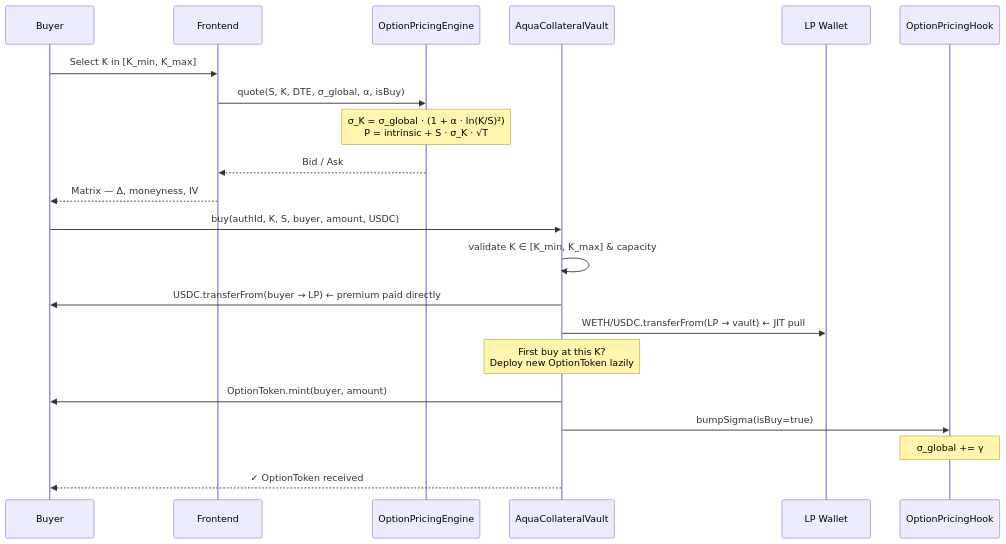
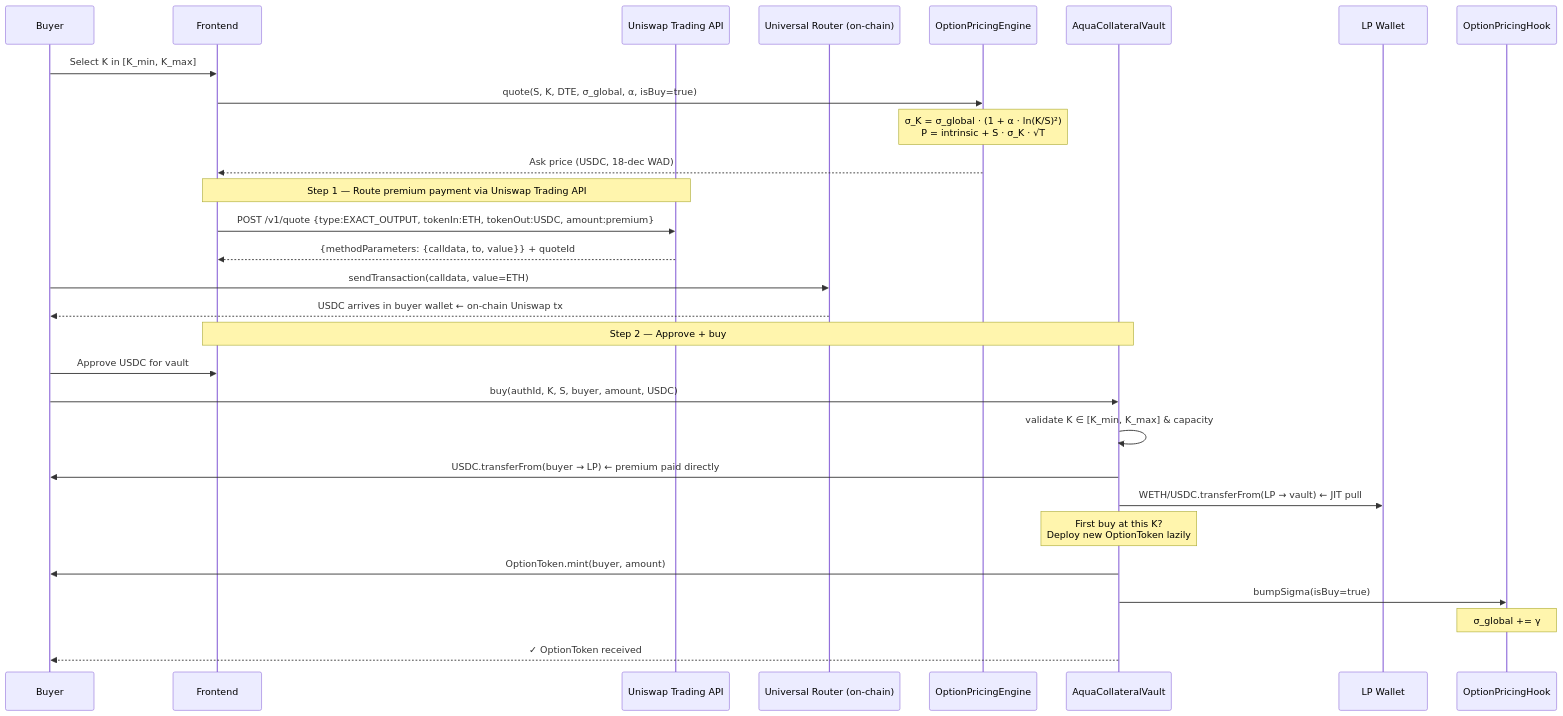
The second of 6 diagrams in README.md (oslinin/Smile), drawn with Mermaid before and after one commit. The commit also changed other lines of this file, not shown here.

Commit message:
Update README: document Uniswap Trading API execution flow in buy diagram

````diff
--- a/README.md
+++ b/README.md
@@ -117,24 +117,34 @@
 ```mermaid
 sequenceDiagram
     participant Buyer
     participant Frontend
+    participant UniAPI as Uniswap Trading API
+    participant UniRouter as Universal Router (on-chain)
     participant Engine as OptionPricingEngine
     participant Vault as AquaCollateralVault
     participant LP as LP Wallet
     participant Hook as OptionPricingHook
 
     Buyer->>Frontend: Select K in [K_min, K_max]
-    Frontend->>Engine: quote(S, K, DTE, σ_global, α, isBuy)
+    Frontend->>Engine: quote(S, K, DTE, σ_global, α, isBuy=true)
     Note over Engine: σ_K = σ_global · (1 + α · ln(K/S)²)<br/>P = intrinsic + S · σ_K · √T
-    Engine-->>Frontend: Bid / Ask
-    Frontend-->>Buyer: Matrix — Δ, moneyness, IV
+    Engine-->>Frontend: Ask price (USDC, 18-dec WAD)
+
+    Note over Frontend,UniAPI: Step 1 — Route premium payment via Uniswap Trading API
+    Frontend->>UniAPI: POST /v1/quote {type:EXACT_OUTPUT, tokenIn:ETH, tokenOut:USDC, amount:premium}
+    UniAPI-->>Frontend: {methodParameters: {calldata, to, value}} + quoteId
+    Buyer->>UniRouter: sendTransaction(calldata, value=ETH)
+    UniRouter-->>Buyer: USDC arrives in buyer wallet  ← on-chain Uniswap tx
+
+    Note over Frontend,Vault: Step 2 — Approve + buy
+    Buyer->>Frontend: Approve USDC for vault
     Buyer->>Vault: buy(authId, K, S, buyer, amount, USDC)
     Vault->>Vault: validate K ∈ [K_min, K_max] & capacity
     Vault->>Buyer: USDC.transferFrom(buyer → LP)  ← premium paid directly
     Vault->>LP: WETH/USDC.transferFrom(LP → vault) ← JIT pull
     Note over Vault: First buy at this K?<br/>Deploy new OptionToken lazily
     Vault->>Buyer: OptionToken.mint(buyer, amount)
     Vault->>Hook: bumpSigma(isBuy=true)
     Note over Hook: σ_global += γ
     Vault-->>Buyer: ✓ OptionToken received
 ```
````
